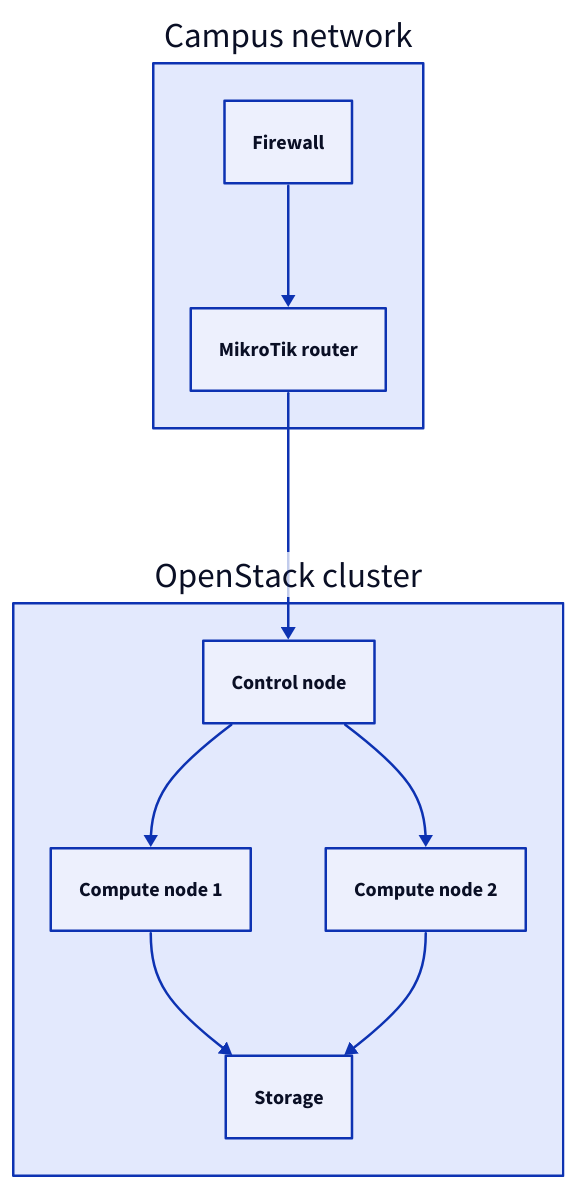
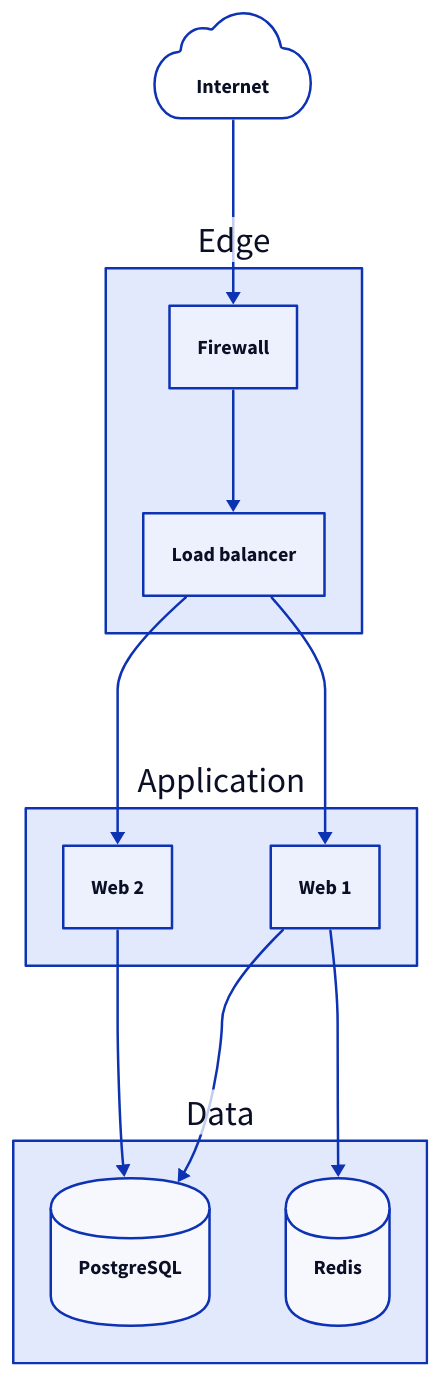
The sixth of 13 diagrams in content/en/posts/tech-rendering-demo/index.md (HiDomesticCat/blog), drawn with D2 before and after one commit. The commit also changed other lines of this file and 2 other files, not shown here.

```diff
--- a/content/en/posts/tech-rendering-demo/index.md
+++ b/content/en/posts/tech-rendering-demo/index.md
@@ -99,22 +160,28 @@
-{{< d2 sketch="true" layout="elk" caption="Lab network tiers (sketch mode + ELK layout)" >}}
+{{< d2 layout="elk" caption="Containers nest arbitrarily and edges cross levels" >}}
 direction: down
 
-net: Campus network {
+internet: Internet {shape: cloud}
+
+edge: Edge {
   fw: Firewall
-  mikrotik: MikroTik router
+  lb: Load balancer
+  fw -> lb
 }
 
-lab: OpenStack cluster {
-  ctrl: Control node
-  c1: Compute node 1
-  c2: Compute node 2
-  ceph: Storage
+app: Application {
+  web1: Web 1
+  web2: Web 2
 }
 
-net.fw -> net.mikrotik
-net.mikrotik -> lab.ctrl
-lab.ctrl -> lab.c1
-lab.ctrl -> lab.c2
-lab.c1 -> lab.ceph
-lab.c2 -> lab.ceph
+data: Data {
+  pg: PostgreSQL {shape: cylinder}
+  redis: Redis {shape: cylinder}
+}
+
+internet -> edge.fw
+edge.lb -> app.web1
+edge.lb -> app.web2
+app.web1 -> data.pg
+app.web2 -> data.pg
+app.web1 -> data.redis
 {{< /d2 >}}
```
